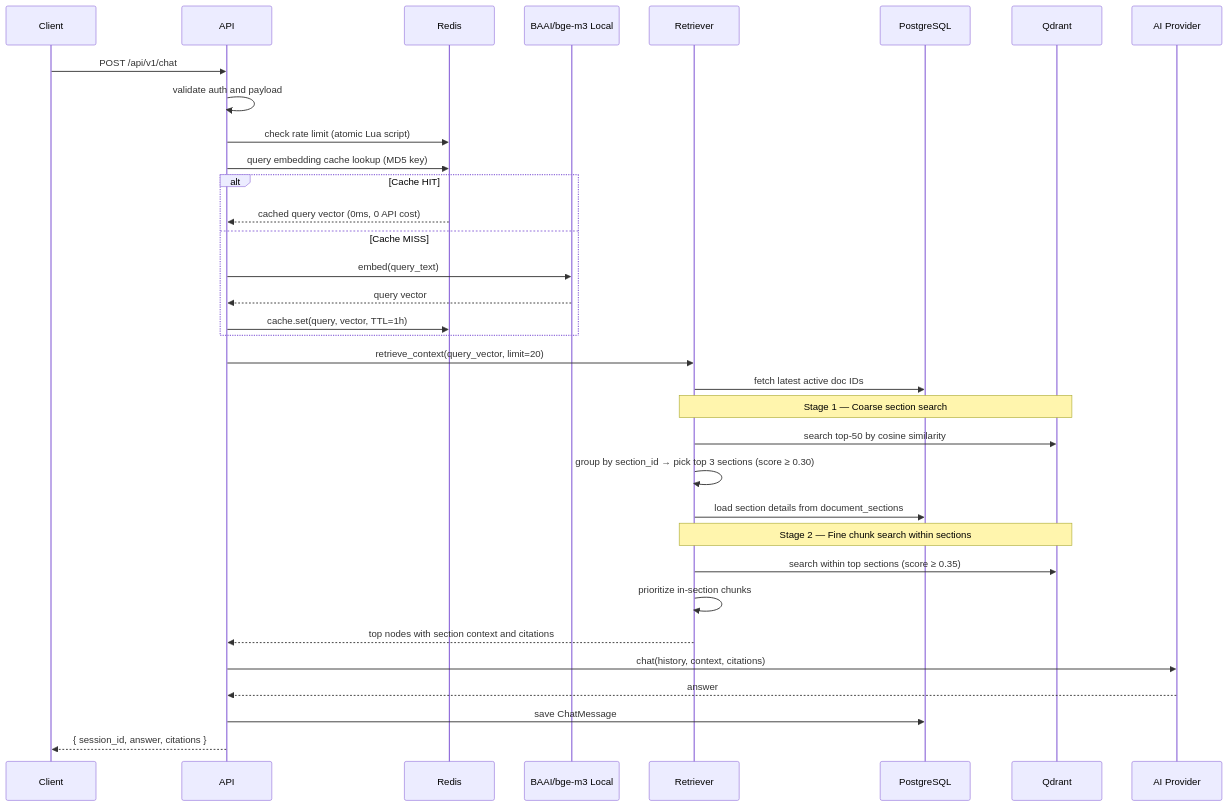
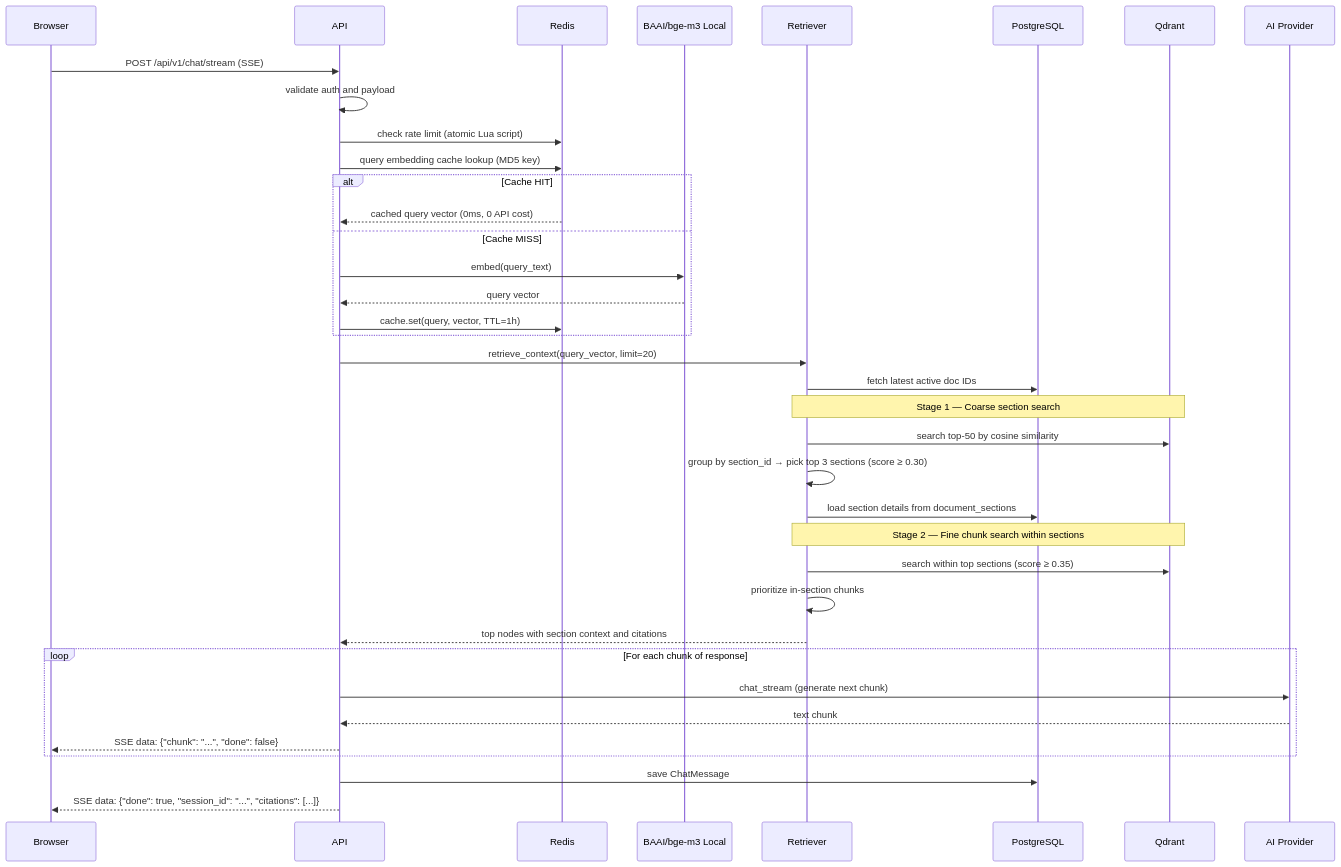
Before and after one commit to qtuanph/chatbot-rag: the second of 3 diagrams in docs/03_CORE_WORKFLOWS.md, drawn with Mermaid. The commit also changed other lines of this file and 25 other files, not shown here.

First line of the commit message:
feat: Enhance AI provider functionality and refine text processing

````diff
--- a/docs/03_CORE_WORKFLOWS.md
+++ b/docs/03_CORE_WORKFLOWS.md
@@ -63,37 +66,41 @@
 ```mermaid
 sequenceDiagram
-    participant Client
+    participant Browser
     participant API
     participant Redis
     participant Embedder as BAAI/bge-m3 Local
     participant Retriever
     participant DB as PostgreSQL
     participant Qdrant
     participant Provider as AI Provider
 
-    Client->>API: POST /api/v1/chat
+    Browser->>API: POST /api/v1/chat/stream (SSE)
     API->>API: validate auth and payload
     API->>Redis: check rate limit (atomic Lua script)
     API->>Redis: query embedding cache lookup (MD5 key)
     alt Cache HIT
         Redis-->>API: cached query vector (0ms, 0 API cost)
     else Cache MISS
         API->>Embedder: embed(query_text)
         Embedder-->>API: query vector
         API->>Redis: cache.set(query, vector, TTL=1h)
     end
     API->>Retriever: retrieve_context(query_vector, limit=20)
     Retriever->>DB: fetch latest active doc IDs
     Note over Retriever,Qdrant: Stage 1 — Coarse section search
     Retriever->>Qdrant: search top-50 by cosine similarity
     Retriever->>Retriever: group by section_id → pick top 3 sections (score ≥ 0.30)
     Retriever->>DB: load section details from document_sections
     Note over Retriever,Qdrant: Stage 2 — Fine chunk search within sections
     Retriever->>Qdrant: search within top sections (score ≥ 0.35)
     Retriever->>Retriever: prioritize in-section chunks
     Retriever-->>API: top nodes with section context and citations
-    API->>Provider: chat(history, context, citations)
-    Provider-->>API: answer
+
+    loop For each chunk of response
+        API->>Provider: chat_stream (generate next chunk)
+        Provider-->>API: text chunk
+        API-->>Browser: SSE data: {"chunk": "...", "done": false}
+    end
     API->>DB: save ChatMessage
-    API-->>Client: { session_id, answer, citations }
+    API-->>Browser: SSE data: {"done": true, "session_id": "...", "citations": [...]}
 ```
````
